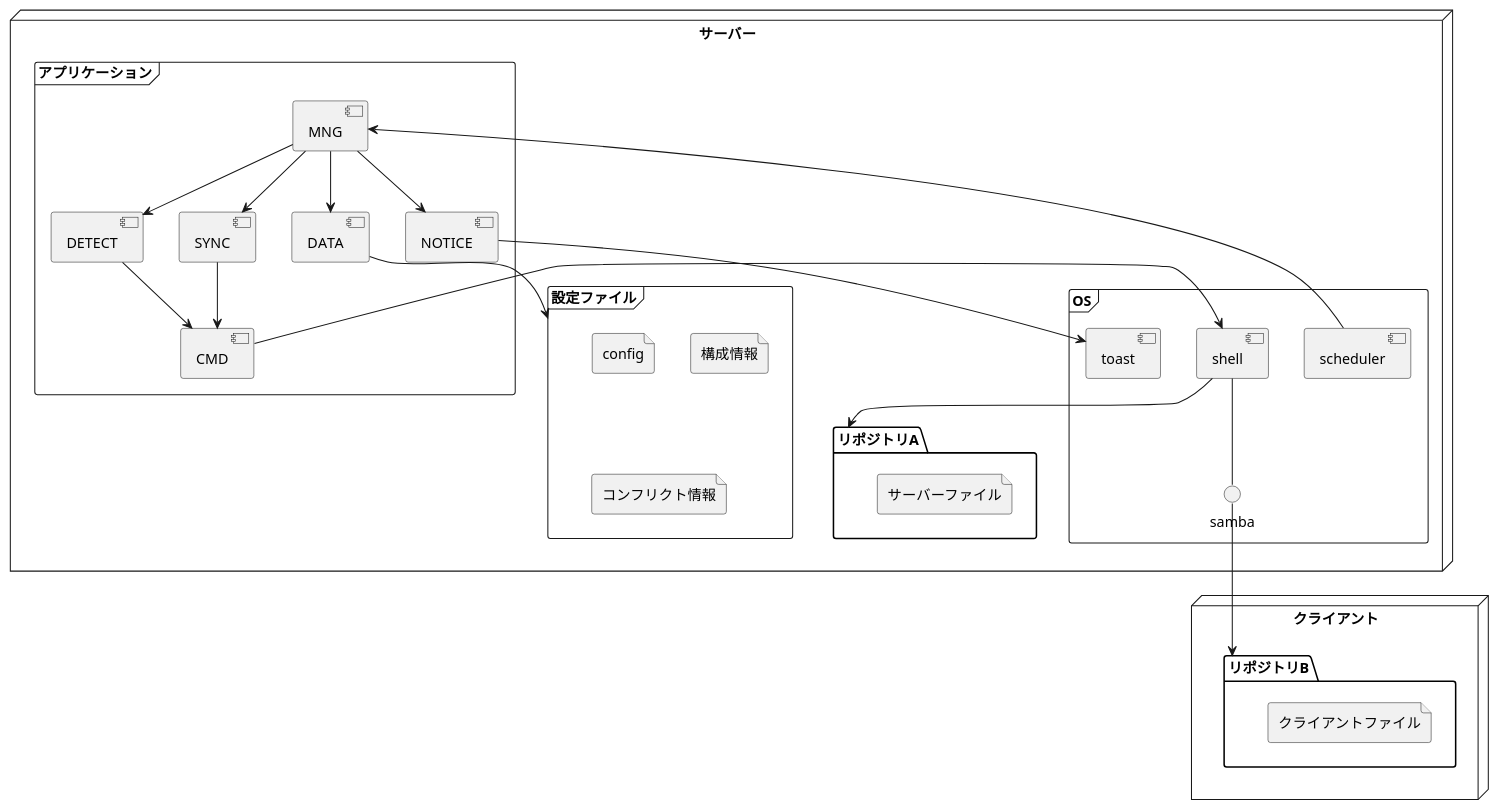
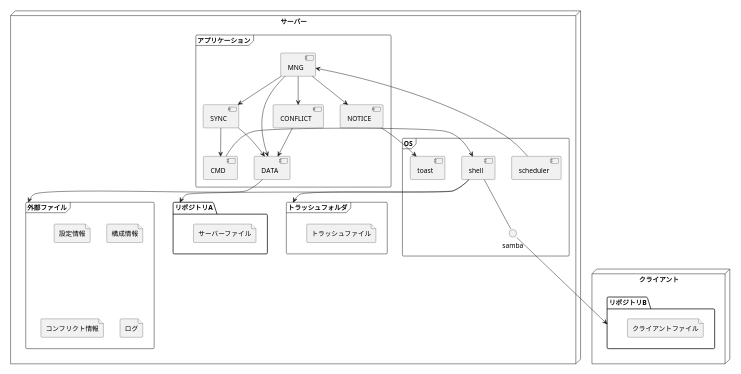
Before and after one commit to KiyoshiKazuma/PhotoAutoSyncSystem: the diagram in doc/システム構成図.puml, drawn with PlantUML. The commit also changed 3 other files, not shown here.

```diff
--- a/doc/システム構成図.puml
+++ b/doc/システム構成図.puml
@@ -1,51 +1,58 @@
 @startuml
-
+scale 720 width
 node サーバー{
     folder リポジトリA{
         file サーバーファイル
     }
 
     frame アプリケーション{
         component MNG
-        component DETECT
         component SYNC
         component NOTICE
         component DATA
         component CMD
+        component CONFLICT
     }
 
-    frame 設定ファイル{
-        file config
+    frame 外部ファイル{
+        file 設定情報
         file 構成情報
         file コンフリクト情報
+        file ログ
+    }
+
+    frame トラッシュフォルダ{
+        file トラッシュファイル
     }
     
     frame OS{
         component scheduler
         component shell
         component toast
         interface samba    
     }
 
 }
 node クライアント{
     folder リポジトリB{
         file クライアントファイル
     }
 }
 
 scheduler --> MNG
-MNG --> DETECT
 MNG --> SYNC
 MNG --> NOTICE
-MNG --> DATA
-DETECT --> CMD
+MNG --> CONFLICT
 SYNC --> CMD
-DATA --> 設定ファイル
+SYNC --> DATA
+CONFLICT --> DATA
+MNG --> DATA 
+DATA --> 外部ファイル
 CMD --> shell
 NOTICE --> toast
 shell --> リポジトリA
 shell -- samba
+shell --> トラッシュフォルダ
 samba --> リポジトリB
 
 @enduml
```
